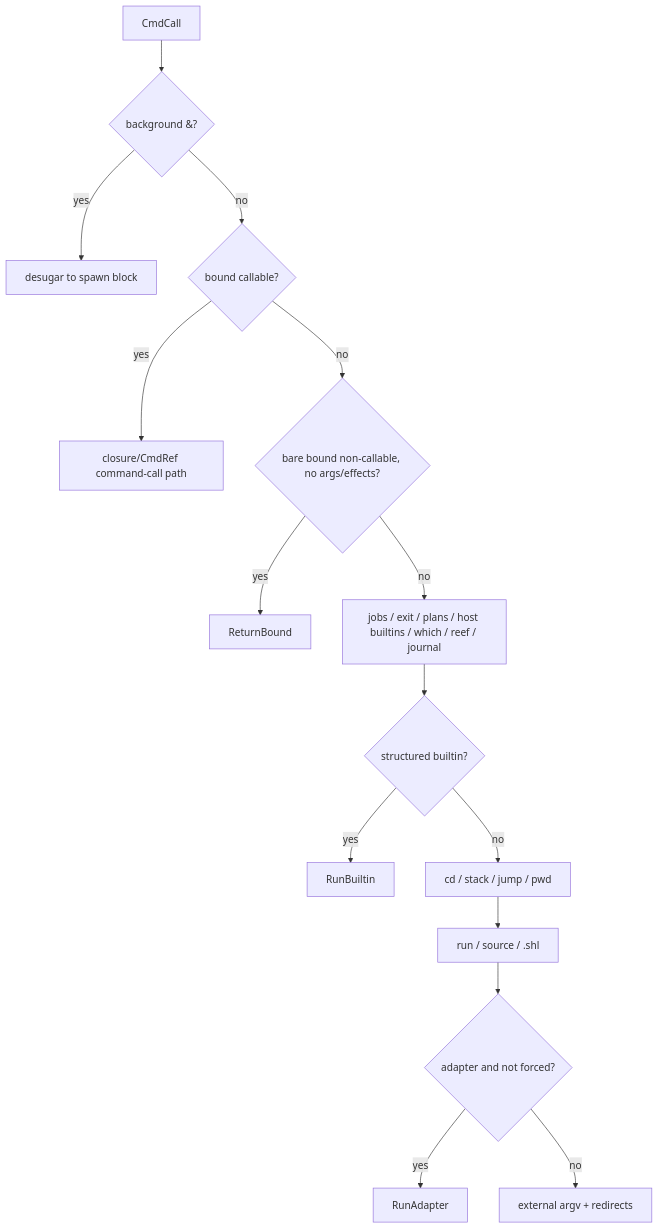
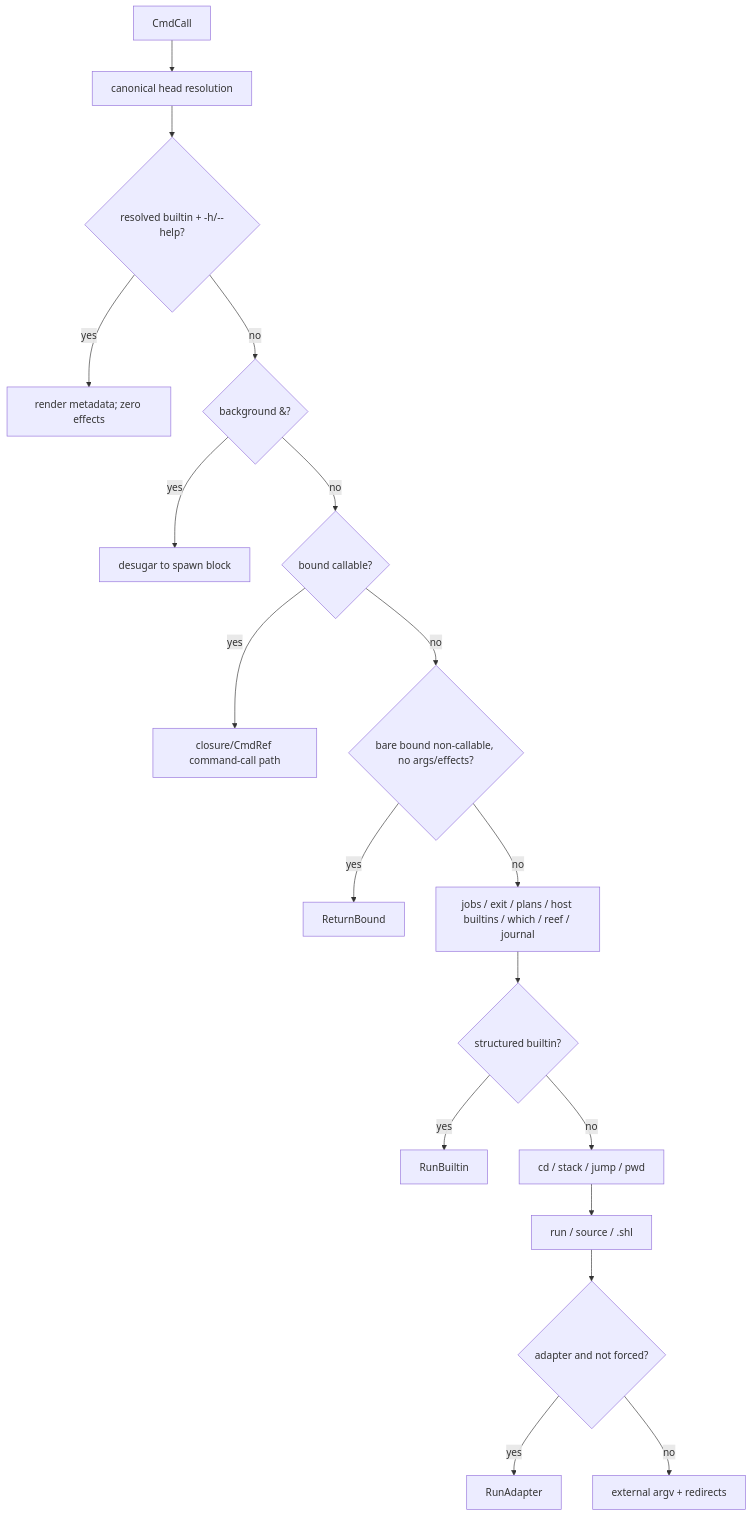
The second of 2 diagrams in site/content/internals/builtin-registry.md (alliecatowo/shoal), drawn with Mermaid before and after one commit. The commit also changed other lines of this file and 65 other files, not shown here.

````diff
--- a/site/content/internals/builtin-registry.md
+++ b/site/content/internals/builtin-registry.md
@@ -72,19 +73,22 @@
 ```mermaid
 flowchart TD
 accTitle: Command dispatch precedence
 accDescr: Shows the components and relationships described in Command dispatch precedence.
-  Call["CmdCall"] --> BG{"background &?"}
+  Call["CmdCall"] --> Resolve["canonical head resolution"]
+  Resolve --> Help{"resolved builtin + -h/--help?"}
+  Help -->|yes| RenderHelp["render metadata; zero effects"]
+  Help -->|no| BG{"background &?"}
   BG -->|yes| Spawn["desugar to spawn block"]
   BG -->|no| Callable{"bound callable?"}
   Callable -->|yes| CallValue["closure/CmdRef command-call path"]
   Callable -->|no| BoundValue{"bare bound non-callable, no args/effects?"}
   BoundValue -->|yes| ReturnBound
   BoundValue -->|no| EarlySpecial["jobs / exit / plans / host builtins / which / reef / journal"]
   EarlySpecial --> Structured{"structured builtin?"}
   Structured -->|yes| RunBuiltin
   Structured -->|no| Navigation["cd / stack / jump / pwd"]
   Navigation --> Script["run / source / .shl"]
   Script --> Adapter{"adapter and not forced?"}
   Adapter -->|yes| RunAdapter
   Adapter -->|no| External["external argv + redirects"]
 ```
````
